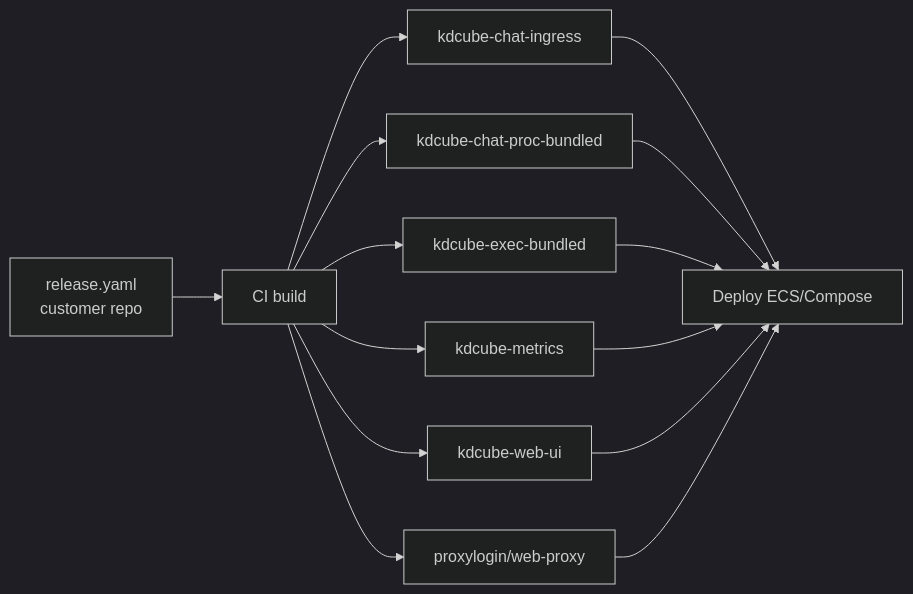
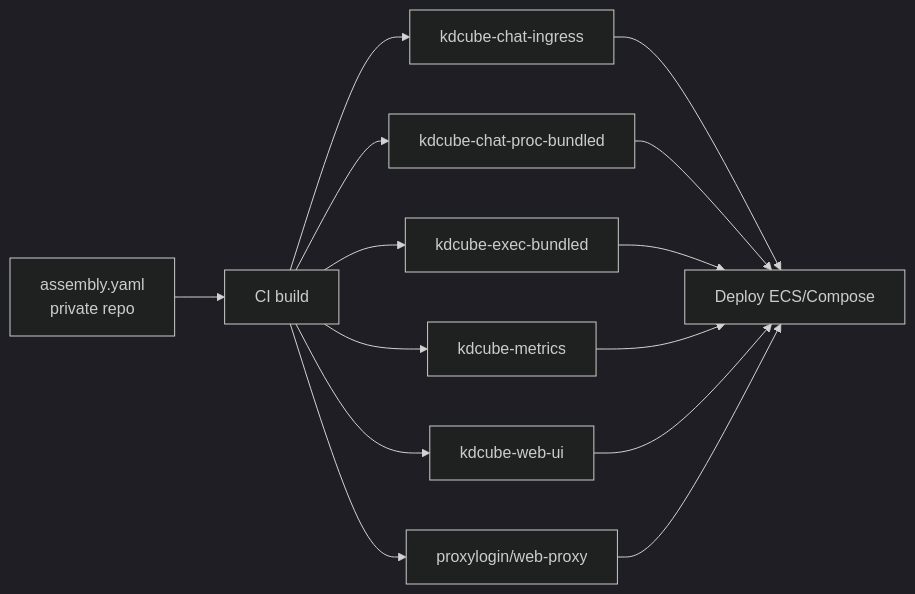
One commit to elenaviter/kdcube-ai-app changed the first of 2 diagrams in app/ai-app/docs/service/cicd/custom-cicd-README.md. Above: the diagram before and after it, drawn with Mermaid (dark theme). The commit also changed other lines of this file and 54 other files, not shown here.

````diff
--- a/app/ai-app/docs/service/cicd/custom-cicd-README.md
+++ b/app/ai-app/docs/service/cicd/custom-cicd-README.md
@@ -72,16 +73,16 @@
 ```mermaid
 flowchart LR
-  R[release.yaml<br/>customer repo] --> CI[CI build]
+  R[assembly.yaml<br/>private repo] --> CI[CI build]
   CI --> I[kdcube-chat-ingress]
   CI --> P[kdcube-chat-proc-bundled]
   CI --> E[kdcube-exec-bundled]
   CI --> M[kdcube-metrics]
   CI --> U[kdcube-web-ui]
   CI --> PX[proxylogin/web-proxy]
   I --> CD[Deploy ECS/Compose]
   P --> CD
   E --> CD
   M --> CD
   U --> CD
   PX --> CD
 ```
````
